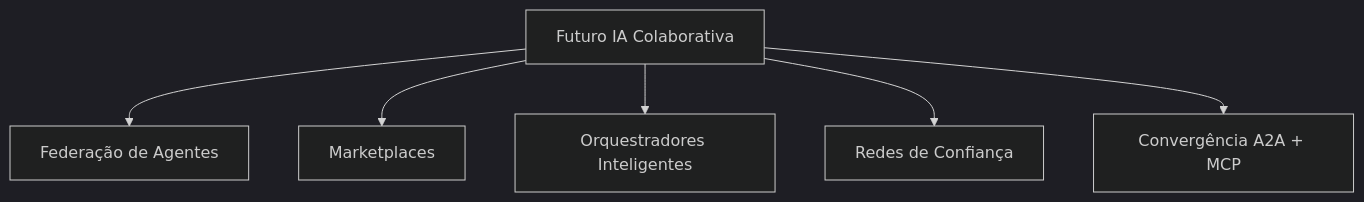
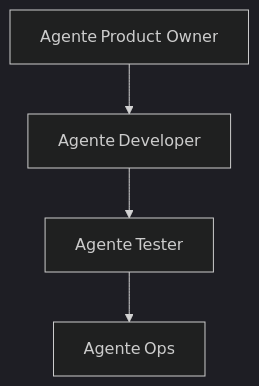
One commit to felipepimentel/my-public-notes changed the fifth of 6 diagrams in AI/Communication/A2A/a2a - presentation.md. Above: the diagram before and after it, drawn with Mermaid (dark theme). The commit also changed other lines of this file, not shown here.

````diff
--- a/AI/Communication/A2A/a2a - presentation.md
+++ b/AI/Communication/A2A/a2a - presentation.md
@@ -197,8 +151,6 @@
 ```mermaid
 graph TD
-    A[Futuro IA Colaborativa] --> B[Federação de Agentes]
-    A --> C[Marketplaces]
-    A --> D[Orquestradores Inteligentes]
-    A --> E[Redes de Confiança]
-    A --> F[Convergência A2A + MCP]
+    PO[Agente Product Owner] --> DEV[Agente Developer]
+    DEV --> QA[Agente Tester]
+    QA --> OPS[Agente Ops]
 ```
````
